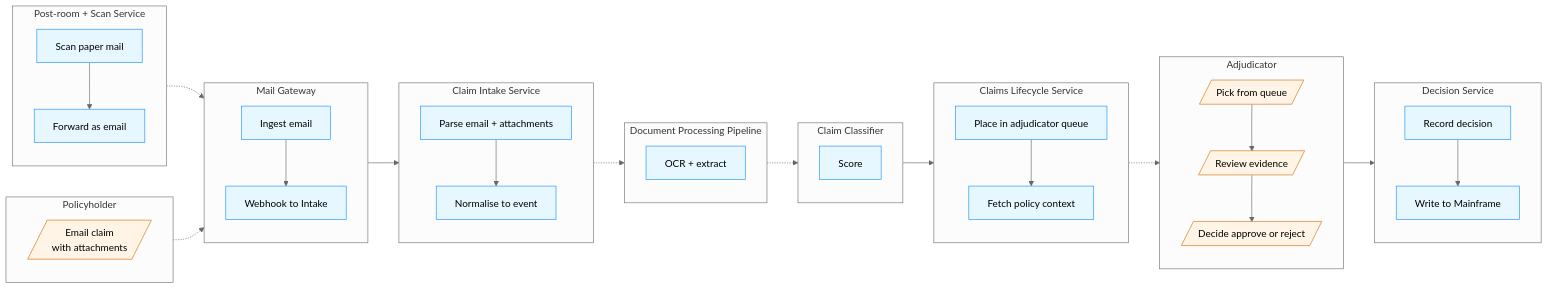
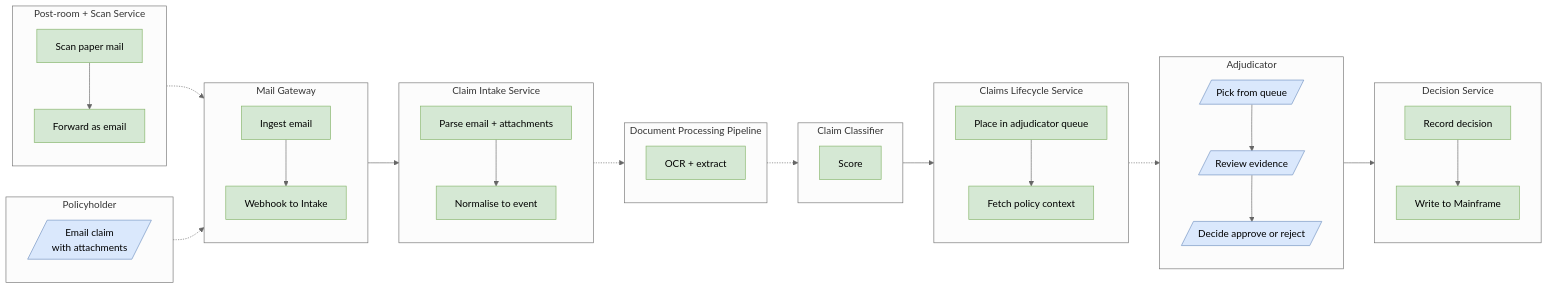
One commit to MarieLynneBlock/arcanum-artifex changed the second of 4 diagrams in workflows/4plus1-diagrams/skills/4plus1-models/examples/synth-claim/02-process-view.md. Above: the diagram before and after it, drawn with Mermaid (neutral theme). The commit also changed other lines of this file and 49 other files, not shown here.

````diff
--- a/workflows/4plus1-diagrams/skills/4plus1-models/examples/synth-claim/02-process-view.md
+++ b/workflows/4plus1-diagrams/skills/4plus1-models/examples/synth-claim/02-process-view.md
@@ -171,76 +171,76 @@
 ```mermaid
 flowchart LR
     subgraph Policyholder["Policyholder"]
         direction TB
         p_email[/Email claim<br/>with attachments/]
     end
 
     subgraph PostRoom["Post-room + Scan Service"]
         direction TB
         scan[Scan paper mail]
         fwd[Forward as email]
     end
 
     subgraph Mail["Mail Gateway"]
         direction TB
         mg_ingest[Ingest email]
         mg_webhook[Webhook to Intake]
     end
 
     subgraph Intake["Claim Intake Service"]
         direction TB
         in_parse[Parse email + attachments]
         in_normalise[Normalise to event]
     end
 
     subgraph DocPipe["Document Processing Pipeline"]
         direction TB
         dp_ocr[OCR + extract]
     end
 
     subgraph Classifier["Claim Classifier"]
         direction TB
         cls_score[Score]
     end
 
     subgraph Lifecycle["Claims Lifecycle Service"]
         direction TB
         lc_queue[Place in adjudicator queue]
         lc_policy_read[Fetch policy context]
     end
 
     subgraph Adjudicator["Adjudicator"]
         direction TB
         adj_pick[/Pick from queue/]
         adj_review[/Review evidence/]
         adj_decide[/Decide approve or reject/]
     end
 
     subgraph Decision["Decision Service"]
         direction TB
         dec_record[Record decision]
         dec_writeback[Write to Mainframe]
     end
 
     p_email -.-> mg_ingest
     scan --> fwd
     fwd -.-> mg_ingest
     mg_ingest --> mg_webhook
     mg_webhook --> in_parse
     in_parse --> in_normalise
     in_normalise -.-> dp_ocr
     dp_ocr -.-> cls_score
     cls_score --> lc_queue
     lc_queue --> lc_policy_read
     lc_policy_read -.-> adj_pick
     adj_pick --> adj_review
     adj_review --> adj_decide
     adj_decide --> dec_record
     dec_record --> dec_writeback
 
-    classDef userTask fill:#fff4e6,stroke:#d46b08,color:#000
-    classDef serviceTask fill:#e6f7ff,stroke:#1890ff,color:#000
+    classDef userTask fill:#dae8fc,stroke:#6c8ebf,color:#000
+    classDef serviceTask fill:#d5e8d4,stroke:#82b366,color:#000
 
     class p_email,adj_pick,adj_review,adj_decide userTask
     class scan,fwd,mg_ingest,mg_webhook,in_parse,in_normalise,dp_ocr,cls_score,lc_queue,lc_policy_read,dec_record,dec_writeback serviceTask
 ```
````
